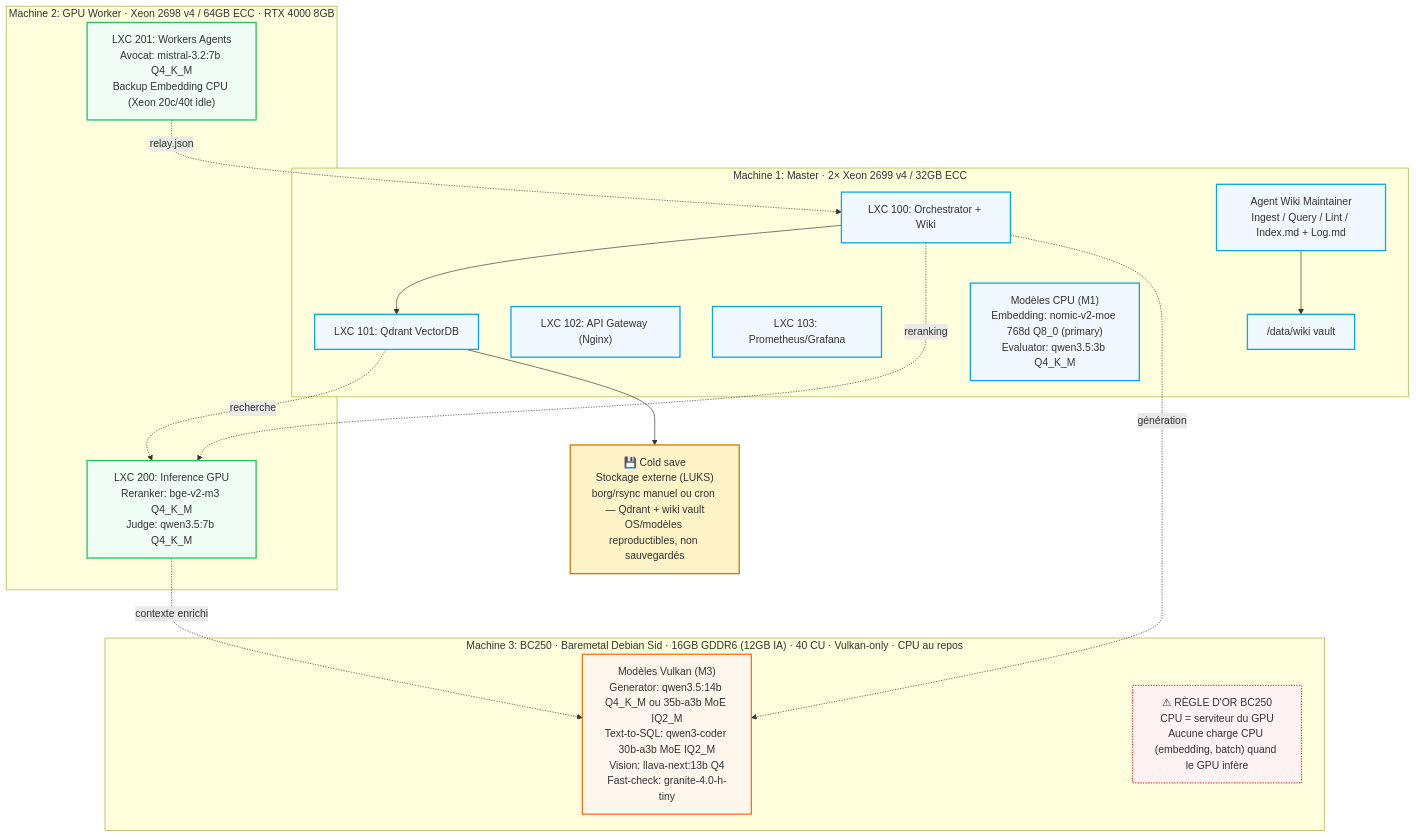
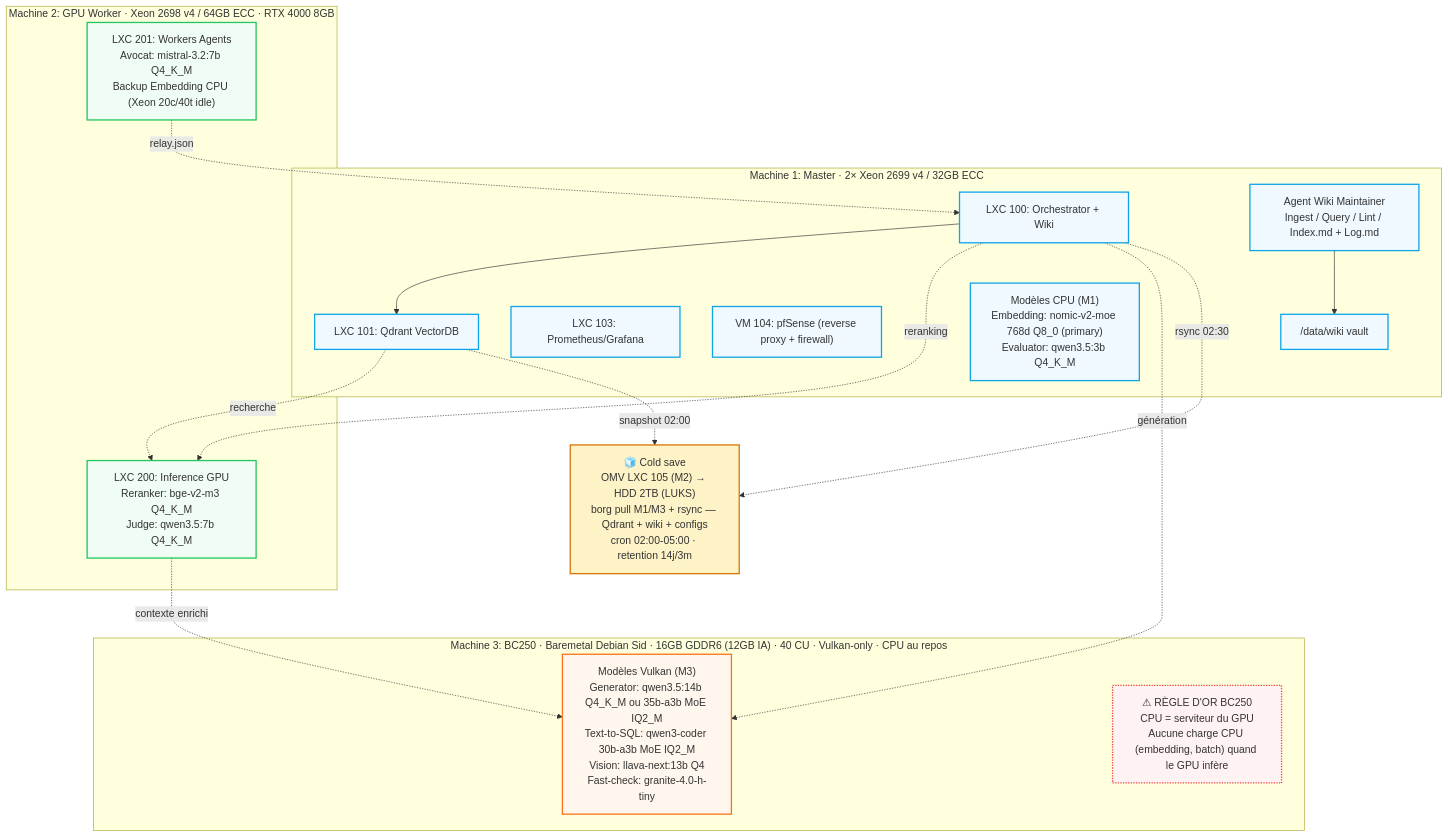
Before and after one commit to chelmooz/rag-multi-agent-cluster: the second of 2 diagrams in docs/architecture.md, drawn with Mermaid. The commit also changed 4 other files, not shown here.

Commit message:
docs: cold save déplacé sur M2 (OMV LXC 105) — stockage, diagrams et tables à jour, nginx LXC 102 retiré

````diff
--- a/docs/architecture.md
+++ b/docs/architecture.md
@@ -80,39 +80,40 @@
 ```mermaid
 flowchart TB
     classDef m1 fill:#f0f9ff,stroke:#0ea5e9,stroke-width:2px
     classDef m2 fill:#f0fdf4,stroke:#22c55e,stroke-width:2px
     classDef m3 fill:#fff7ed,stroke:#f97316,stroke-width:2px
     classDef warn fill:#fef2f2,stroke:#ef4444,stroke-width:2px,stroke-dasharray: 2 2
     classDef cold fill:#fef3c7,stroke:#d97706,stroke-width:2px
 
     subgraph Machine1["Machine 1: Master · 2× Xeon 2699 v4 / 32GB ECC"]
         M1_100["LXC 100: Orchestrator + Wiki"]:::m1
         M1_101["LXC 101: Qdrant VectorDB"]:::m1
-        M1_102["LXC 102: API Gateway (Nginx)"]:::m1
         M1_103["LXC 103: Prometheus/Grafana"]:::m1
+        M1_104["VM 104: pfSense (reverse proxy + firewall)"]:::m1
         M1_vault["/data/wiki vault"]:::m1
         M1_models["Modèles CPU (M1)<br/>Embedding: nomic-v2-moe 768d Q8_0 (primary)<br/>Evaluator: qwen3.5:3b Q4_K_M"]:::m1
         M1_wiki["Agent Wiki Maintainer<br/>Ingest / Query / Lint / Index.md + Log.md"]:::m1
     end
 
     subgraph Machine2["Machine 2: GPU Worker · Xeon 2698 v4 / 64GB ECC · RTX 4000 8GB"]
         M2_200["LXC 200: Inference GPU<br/>Reranker: bge-v2-m3 Q4_K_M<br/>Judge: qwen3.5:7b Q4_K_M"]:::m2
         M2_201["LXC 201: Workers Agents<br/>Avocat: mistral-3.2:7b Q4_K_M<br/>Backup Embedding CPU (Xeon 20c/40t idle)"]:::m2
     end
 
     subgraph Machine3["Machine 3: BC250 · Baremetal Debian Sid · 16GB GDDR6 (12GB IA) · 40 CU · Vulkan-only · CPU au repos"]
         M3_models["Modèles Vulkan (M3)<br/>Generator: qwen3.5:14b Q4_K_M ou 35b-a3b MoE IQ2_M<br/>Text-to-SQL: qwen3-coder 30b-a3b MoE IQ2_M<br/>Vision: llava-next:13b Q4<br/>Fast-check: granite-4.0-h-tiny"]:::m3
         M3_warn["⚠ RÈGLE D'OR BC250<br/>CPU = serviteur du GPU<br/>Aucune charge CPU (embedding, batch) quand le GPU infère"]:::warn
     end
 
-    Cold["💾 Cold save<br/>Stockage externe (LUKS)<br/>borg/rsync manuel ou cron — Qdrant + wiki vault<br/>OS/modèles reproductibles, non sauvegardés"]:::cold
+    Cold["🧊 Cold save<br/>OMV LXC 105 (M2) → HDD 2TB (LUKS)<br/>borg pull M1/M3 + rsync — Qdrant + wiki + configs<br/>cron 02:00-05:00 · retention 14j/3m"]:::cold
 
     M1_100 --> M1_101
     M1_wiki --> M1_vault
     M1_100 -.->|reranking| M2_200
     M1_101 -.->|recherche| M2_200
     M2_201 -.->|relay.json| M1_100
     M1_100 -.->|génération| M3_models
     M2_200 -.->|contexte enrichi| M3_models
-    M1_101 --> Cold
+    M1_101 -.->|snapshot 02:00| Cold
+    M1_100 -.->|rsync 02:30| Cold
 ```
````
